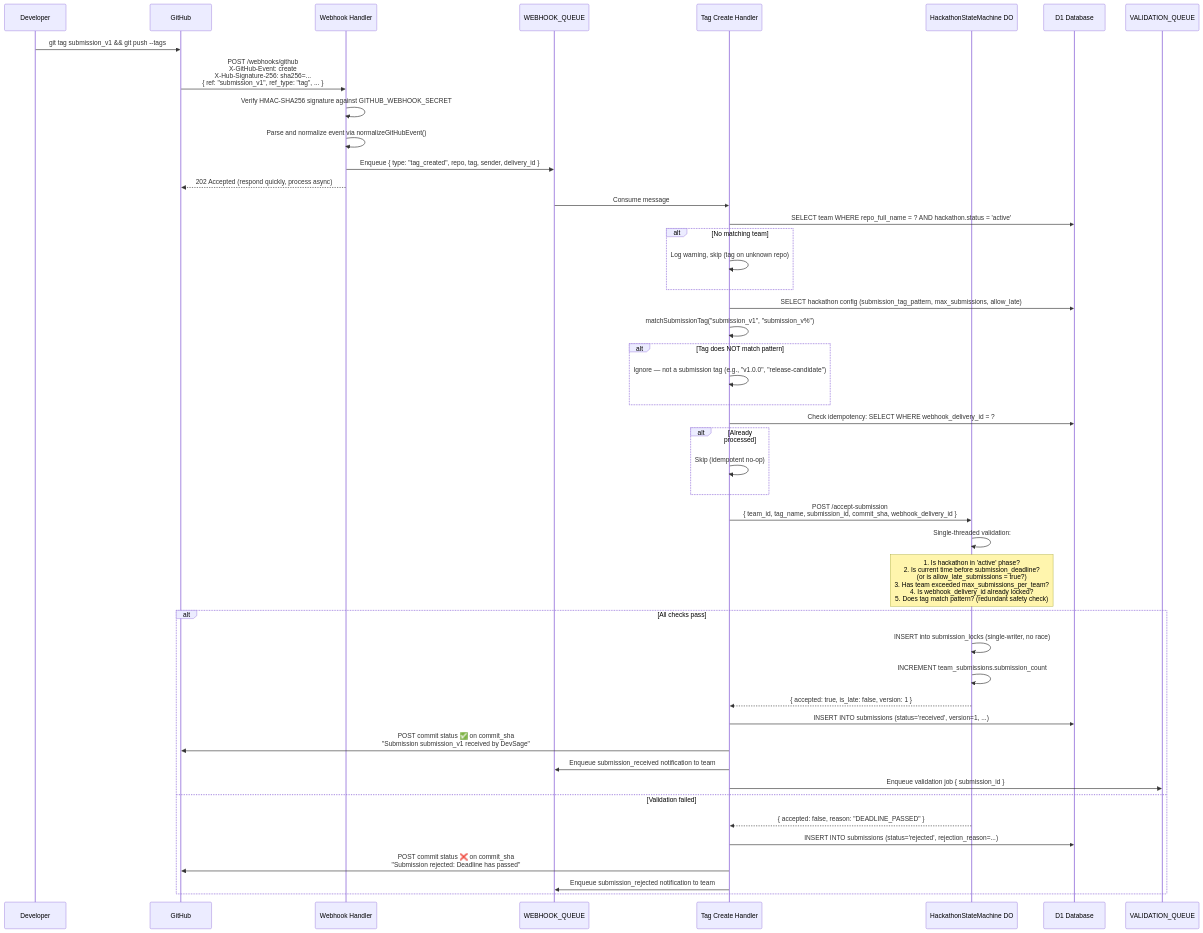
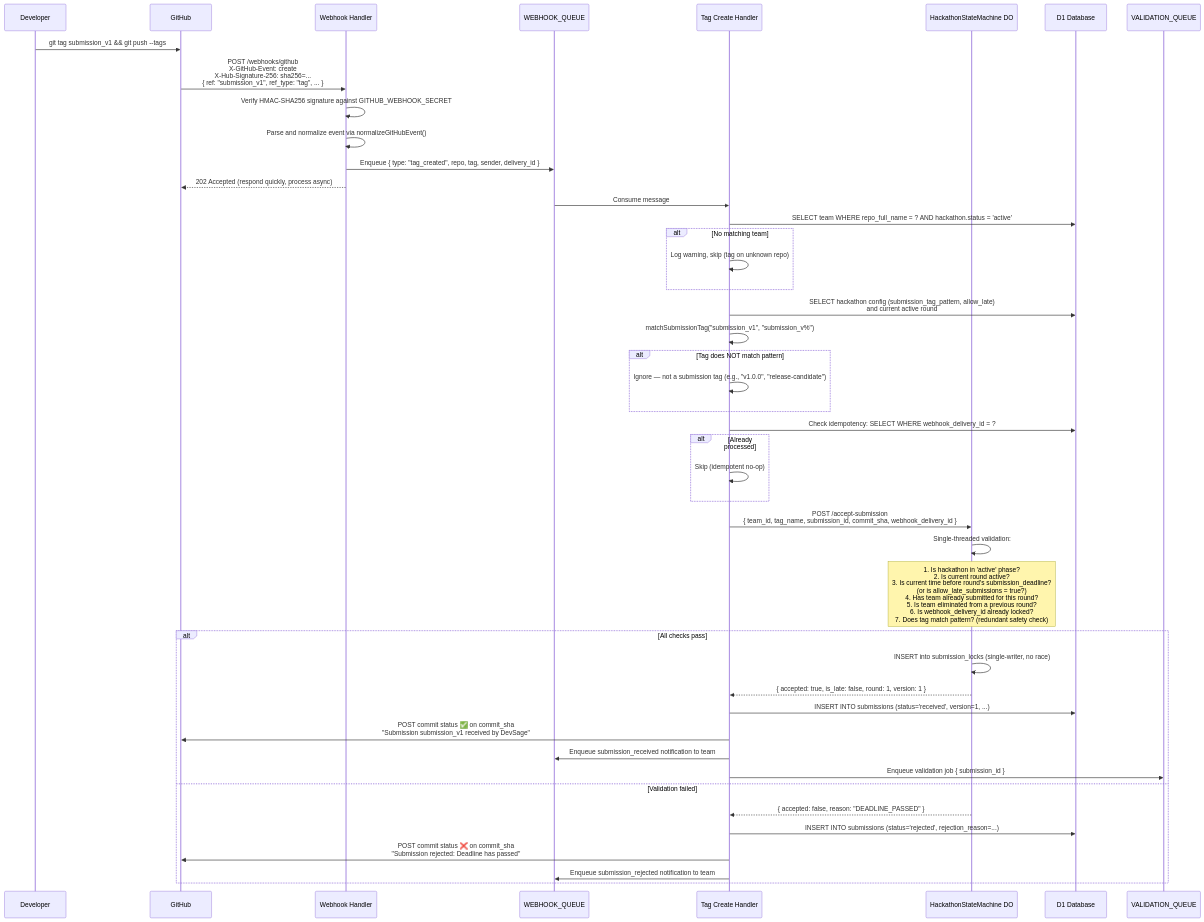
Before and after one commit to devangshupandey2025-stack/DevSage: the first of 12 diagrams in docs/v3/planned/submissions.md, drawn with Mermaid. The commit also changed other lines of this file, not shown here.

First line of the commit message:
docs(submissions): add rounds system, defer multi-artifact uploads to Phase 2

````diff
--- a/docs/v3/planned/submissions.md
+++ b/docs/v3/planned/submissions.md
@@ -67,60 +67,59 @@
 ```mermaid
 sequenceDiagram
     participant D as Developer
     participant GH as GitHub
     participant WH as Webhook Handler
     participant Q as WEBHOOK_QUEUE
     participant TC as Tag Create Handler
     participant DO as HackathonStateMachine DO
     participant D1 as D1 Database
     participant VQ as VALIDATION_QUEUE
 
     D->>GH: git tag submission_v1 && git push --tags
     GH->>WH: POST /webhooks/github<br/>X-GitHub-Event: create<br/>X-Hub-Signature-256: sha256=...<br/>{ ref: "submission_v1", ref_type: "tag", ... }
 
     WH->>WH: Verify HMAC-SHA256 signature against GITHUB_WEBHOOK_SECRET
     WH->>WH: Parse and normalize event via normalizeGitHubEvent()
     WH->>Q: Enqueue { type: "tag_created", repo, tag, sender, delivery_id }
     WH-->>GH: 202 Accepted (respond quickly, process async)
 
     Q->>TC: Consume message
     TC->>D1: SELECT team WHERE repo_full_name = ? AND hackathon.status = 'active'
     
     alt No matching team
         TC->>TC: Log warning, skip (tag on unknown repo)
     end
 
-    TC->>D1: SELECT hackathon config (submission_tag_pattern, max_submissions, allow_late)
+    TC->>D1: SELECT hackathon config (submission_tag_pattern, allow_late)<br/>and current active round
     TC->>TC: matchSubmissionTag("submission_v1", "submission_v%")
 
     alt Tag does NOT match pattern
         TC->>TC: Ignore — not a submission tag (e.g., "v1.0.0", "release-candidate")
     end
 
     TC->>D1: Check idempotency: SELECT WHERE webhook_delivery_id = ?
     alt Already processed
         TC->>TC: Skip (idempotent no-op)
     end
 
     TC->>DO: POST /accept-submission<br/>{ team_id, tag_name, submission_id, commit_sha, webhook_delivery_id }
 
     DO->>DO: Single-threaded validation:
-    Note over DO: 1. Is hackathon in 'active' phase?<br/>2. Is current time before submission_deadline?<br/>   (or is allow_late_submissions = true?)<br/>3. Has team exceeded max_submissions_per_team?<br/>4. Is webhook_delivery_id already locked?<br/>5. Does tag match pattern? (redundant safety check)
+    Note over DO: 1. Is hackathon in 'active' phase?<br/>2. Is current round active?<br/>3. Is current time before round's submission_deadline?<br/>   (or is allow_late_submissions = true?)<br/>4. Has team already submitted for this round?<br/>5. Is team eliminated from a previous round?<br/>6. Is webhook_delivery_id already locked?<br/>7. Does tag match pattern? (redundant safety check)
 
     alt All checks pass
         DO->>DO: INSERT into submission_locks (single-writer, no race)
-        DO->>DO: INCREMENT team_submissions.submission_count
-        DO-->>TC: { accepted: true, is_late: false, version: 1 }
+        DO-->>TC: { accepted: true, is_late: false, round: 1, version: 1 }
 
         TC->>D1: INSERT INTO submissions (status='received', version=1, ...)
         TC->>GH: POST commit status ✅ on commit_sha<br/>"Submission submission_v1 received by DevSage"
         TC->>Q: Enqueue submission_received notification to team
         TC->>VQ: Enqueue validation job { submission_id }
     else Validation failed
         DO-->>TC: { accepted: false, reason: "DEADLINE_PASSED" }
 
         TC->>D1: INSERT INTO submissions (status='rejected', rejection_reason=...)
         TC->>GH: POST commit status ❌ on commit_sha<br/>"Submission rejected: Deadline has passed"
         TC->>Q: Enqueue submission_rejected notification to team
     end
 ```
````
